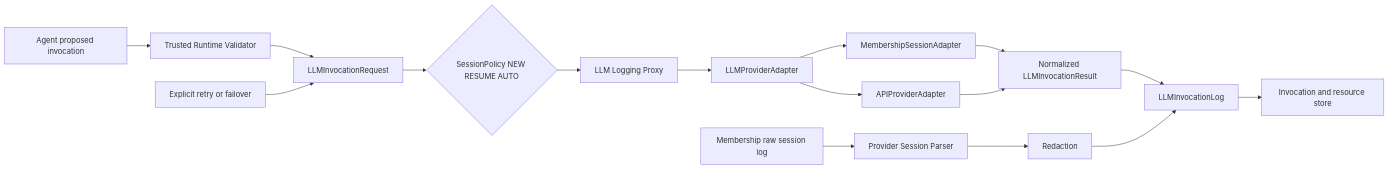
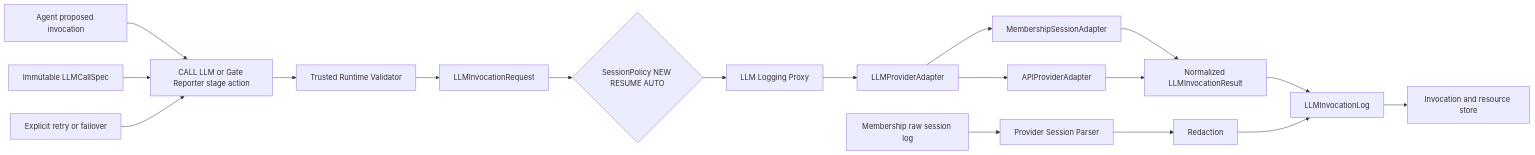
Before and after one commit to SASTsimi/sastsimi: the seventh of 13 diagrams in docs/architecture-v5/13-architecture-diagrams.md, drawn with Mermaid. The commit also changed other lines of this file and 16 other files, not shown here.

````diff
--- a/docs/architecture-v5/13-architecture-diagrams.md
+++ b/docs/architecture-v5/13-architecture-diagrams.md
@@ -195,18 +195,20 @@
 ```mermaid
 flowchart LR
-    AGENT[Agent proposed invocation] --> TRUST[Trusted Runtime Validator]
+    AGENT[Agent proposed invocation] --> ACTION[CALL LLM or Gate Reporter stage action]
+    SPEC[Immutable LLMCallSpec] --> ACTION
+    ACTION --> TRUST[Trusted Runtime Validator]
     TRUST --> REQ[LLMInvocationRequest]
     REQ --> POLICY{SessionPolicy NEW RESUME AUTO}
     POLICY --> LOGPROXY[LLM Logging Proxy]
     LOGPROXY --> ADAPTER[LLMProviderAdapter]
     ADAPTER --> MEMBER[MembershipSessionAdapter]
     ADAPTER --> API[APIProviderAdapter]
     MEMBER --> RESULT[Normalized LLMInvocationResult]
     API --> RESULT
     RESULT --> LOG[LLMInvocationLog]
     RAW[Membership raw session log] --> PARSER[Provider Session Parser]
     PARSER --> REDACT[Redaction]
     REDACT --> LOG
     LOG --> OBS[Invocation and resource store]
-    FAIL[Explicit retry or failover] --> REQ
+    FAIL[Explicit retry or failover] --> ACTION
 ```
````
